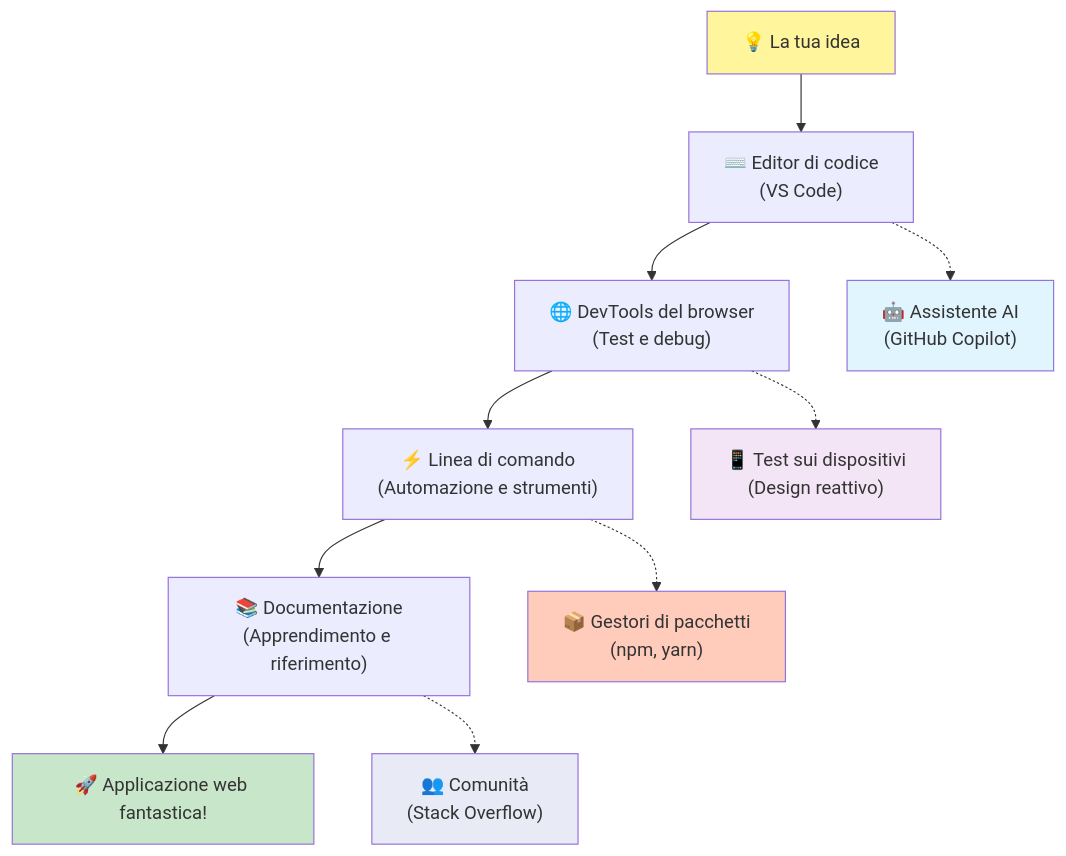
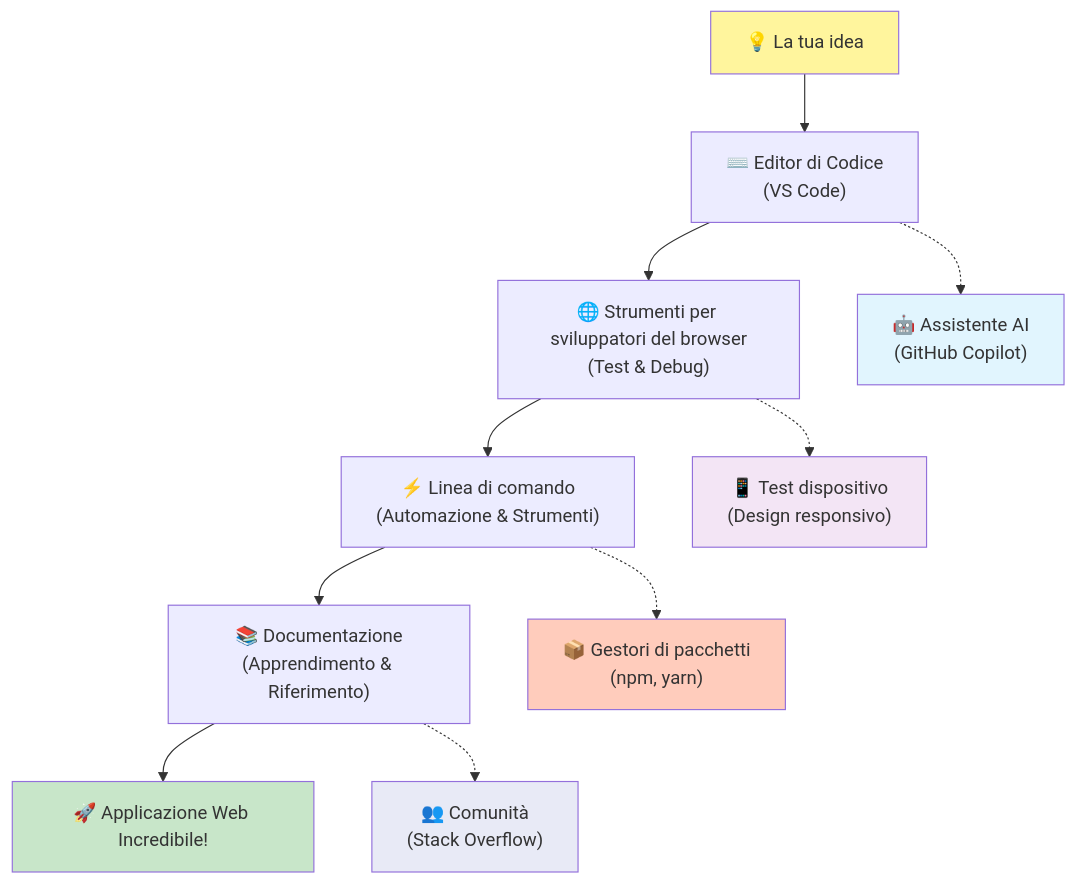
The fifth of 7 diagrams in translations/it/1-getting-started-lessons/1-intro-to-programming-languages/README.md (microsoft/Web-Dev-For-Beginners), drawn with Mermaid before and after one commit. The commit also changed other lines of this file and 8 other files, not shown here.

````diff
--- a/translations/it/1-getting-started-lessons/1-intro-to-programming-languages/README.md
+++ b/translations/it/1-getting-started-lessons/1-intro-to-programming-languages/README.md
@@ -488,20 +487,20 @@
 ```mermaid
 graph TD
-    A["💡 La tua idea"] --> B["⌨️ Editor di codice<br/>(VS Code)"] 
-    B --> C["🌐 DevTools del browser<br/>(Test e debug)"]
-    C --> D["⚡ Linea di comando<br/>(Automazione e strumenti)"]
-    D --> E["📚 Documentazione<br/>(Apprendimento e riferimento)"]
-    E --> F["🚀 Applicazione web fantastica!"]
+    A["💡 La tua idea"] --> B["⌨️ Editor di Codice<br/>(VS Code)"] 
+    B --> C["🌐 Strumenti per sviluppatori del browser<br/>(Test & Debug)"]
+    C --> D["⚡ Linea di comando<br/>(Automazione & Strumenti)"]
+    D --> E["📚 Documentazione<br/>(Apprendimento & Riferimento)"]
+    E --> F["🚀 Applicazione Web Incredibile!"]
     
     B -.-> G["🤖 Assistente AI<br/>(GitHub Copilot)"]
-    C -.-> H["📱 Test sui dispositivi<br/>(Design reattivo)"]
+    C -.-> H["📱 Test dispositivo<br/>(Design responsivo)"]
     D -.-> I["📦 Gestori di pacchetti<br/>(npm, yarn)"]
     E -.-> J["👥 Comunità<br/>(Stack Overflow)"]
     
     style A fill:#fff59d
     style F fill:#c8e6c9
     style G fill:#e1f5fe
     style H fill:#f3e5f5
     style I fill:#ffccbc
     style J fill:#e8eaf6
 ```
````
